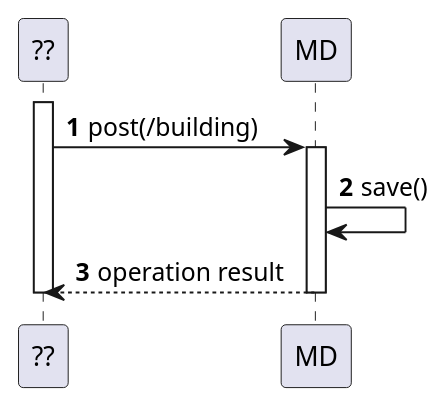
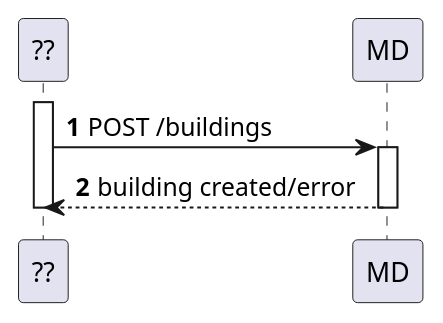
One commit to Departamento-de-Engenharia-Informatica/lapr5-23-24-g19 changed the diagram in docs/us150/level2/process-view.puml. Above: the diagram before and after it, drawn with PlantUML. The commit also changed 1 other file, not shown here.

```diff
--- a/docs/us150/level2/process-view.puml
+++ b/docs/us150/level2/process-view.puml
@@ -1,18 +1,15 @@
 @startuml
 autonumber
 
 participant "??" as ui
 participant "MD" as mdr
 
 
 activate ui
-
-ui -> mdr: post(/building)
-activate mdr
-    mdr -> mdr: save()
-    mdr --> ui: operation result
-deactivate mdr
-
+    ui -> mdr: POST /buildings
+    activate mdr
+        mdr --> ui: building created/error
+    deactivate mdr
 deactivate ui
 
 @enduml
```
